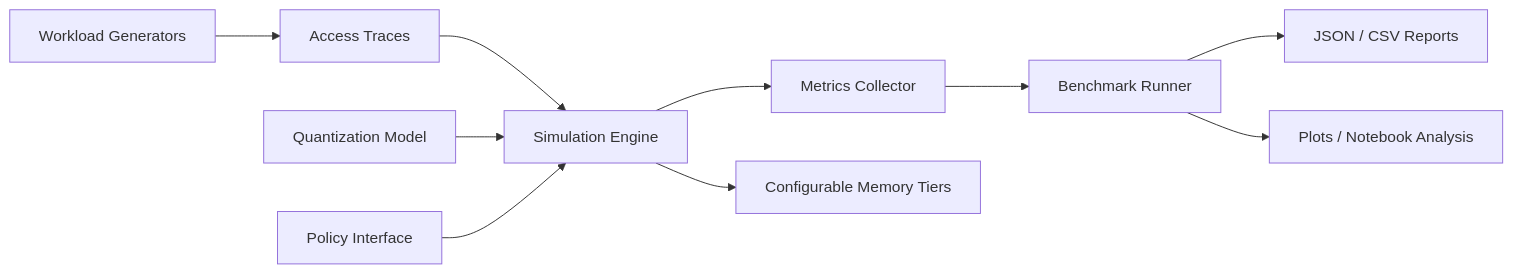
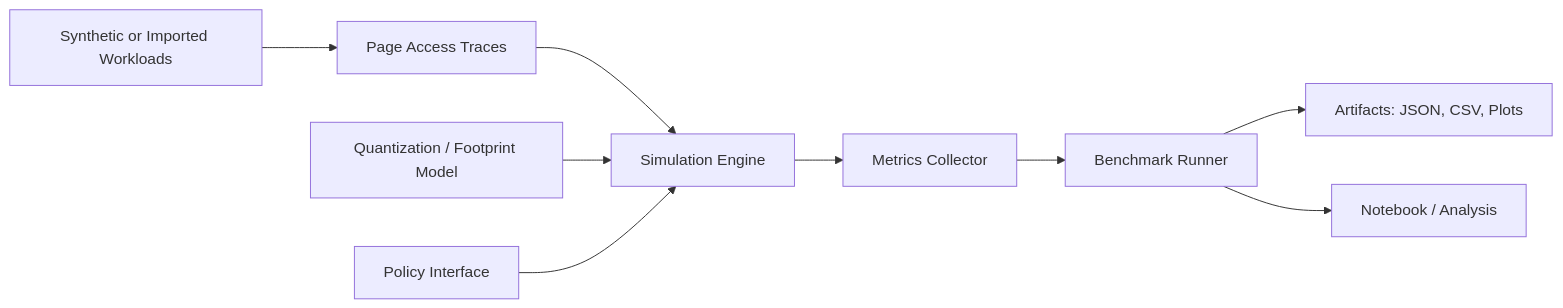
The diagram in README.md (manishklach/kv-hierarchy-lab), drawn with Mermaid before and after one commit. The commit also changed other lines of this file and 25 other files, not shown here.

````diff
--- a/README.md
+++ b/README.md
@@ -43,12 +43,11 @@
 ```mermaid
 flowchart LR
-    W[Workload Generators] --> T[Access Traces]
-    T --> E[Simulation Engine]
-    Q[Quantization Model] --> E
-    P[Policy Interface] --> E
-    E --> M[Metrics Collector]
-    M --> B[Benchmark Runner]
-    B --> R[JSON / CSV Reports]
-    B --> PL[Plots / Notebook Analysis]
-    E --> H[Configurable Memory Tiers]
+    W["Synthetic or Imported Workloads"] --> T["Page Access Traces"]
+    T --> E["Simulation Engine"]
+    Q["Quantization / Footprint Model"] --> E
+    P["Policy Interface"] --> E
+    E --> M["Metrics Collector"]
+    M --> B["Benchmark Runner"]
+    B --> A["Artifacts: JSON, CSV, Plots"]
+    B --> N["Notebook / Analysis"]
 ```
````
